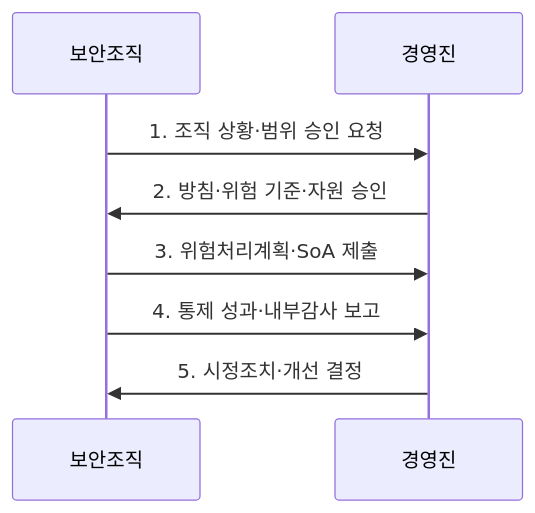
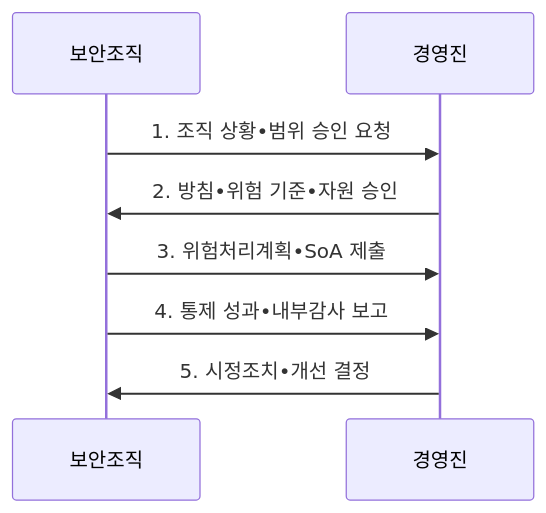
One commit to agnusdei1207/knowledge-base changed the second of 2 diagrams in src/content/docs/notes/07-law-policy/029_iso_27001.md. Above: the diagram before and after it, drawn with Mermaid. The commit also changed other lines of this file and 953 other files, not shown here.

````diff
--- a/src/content/docs/notes/07-law-policy/029_iso_27001.md
+++ b/src/content/docs/notes/07-law-policy/029_iso_27001.md
@@ -105,10 +105,10 @@
 ```mermaid
 sequenceDiagram
     participant 보안조직
     participant 경영진
-    보안조직->>경영진: 1. 조직 상황·범위 승인 요청
-    경영진->>보안조직: 2. 방침·위험 기준·자원 승인
-    보안조직->>경영진: 3. 위험처리계획·SoA 제출
-    보안조직->>경영진: 4. 통제 성과·내부감사 보고
-    경영진->>보안조직: 5. 시정조치·개선 결정
+    보안조직->>경영진: 1. 조직 상황•범위 승인 요청
+    경영진->>보안조직: 2. 방침•위험 기준•자원 승인
+    보안조직->>경영진: 3. 위험처리계획•SoA 제출
+    보안조직->>경영진: 4. 통제 성과•내부감사 보고
+    경영진->>보안조직: 5. 시정조치•개선 결정
 ```
````
